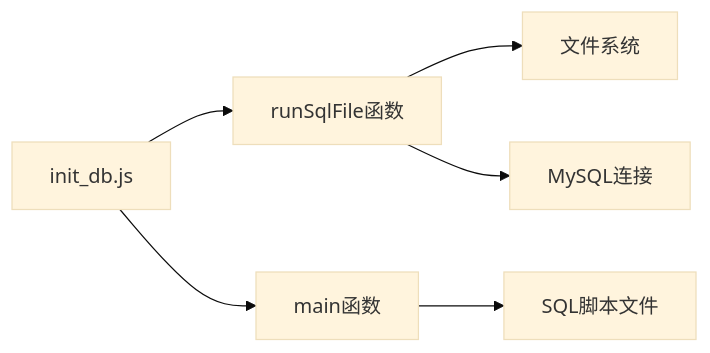
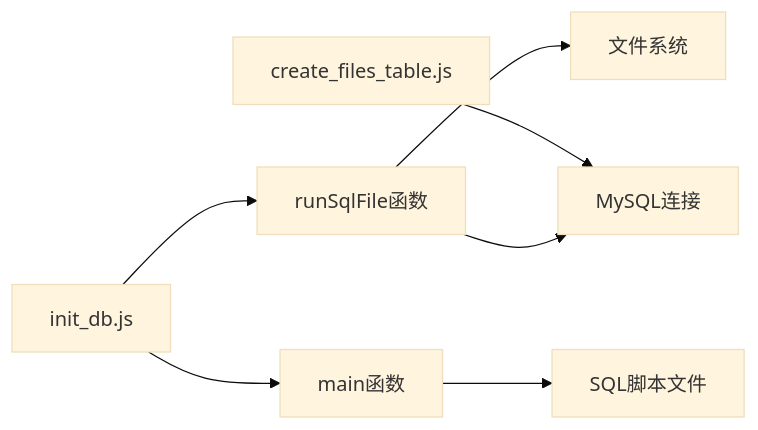
The seventh of 8 diagrams in .qoder/repowiki/zh/content/数据库初始化.md (lane6008/fileTest), drawn with Mermaid (base theme) before and after one commit. The commit also changed other lines of this file and 7 other files, not shown here.

````diff
--- a/.qoder/repowiki/zh/content/数据库初始化.md
+++ b/.qoder/repowiki/zh/content/数据库初始化.md
@@ -327,8 +402,9 @@
 ```mermaid
 graph LR
+CreateFilesTable[create_files_table.js] --> MySQLConnection[MySQL连接]
 InitDB[init_db.js] --> RunSQLFile[runSqlFile函数]
 InitDB --> Main[main函数]
 RunSQLFile --> FileSystem[文件系统]
-RunSQLFile --> MySQLConnection[MySQL连接]
+RunSQLFile --> MySQLConnection
 Main --> SQLScripts[SQL脚本文件]
 ```
````
